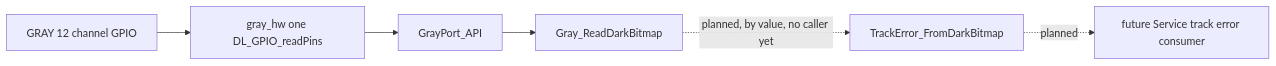
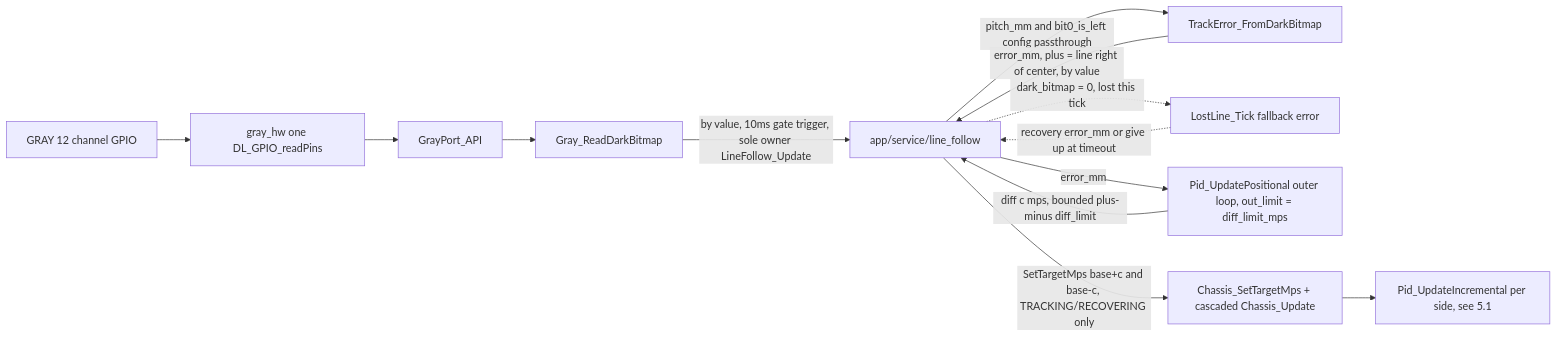
The fourth of 4 diagrams in agent/api_architecture_topology.md (AigisYangyan/2026_NUEDC), drawn with Mermaid before and after one commit. The commit also changed other lines of this file and 2 other files, not shown here.

First line of the commit message:
docs: S02 收官 —— 计划表置 DONE(Q5 关闭) + 拓扑登记 LineFollow/LostLine API 与多环级联链

````diff
--- a/agent/api_architecture_topology.md
+++ b/agent/api_architecture_topology.md
@@ -113,8 +113,15 @@
 ```mermaid
 flowchart LR
   GrayPins[GRAY 12 channel GPIO] --> GrayHw[gray_hw one DL_GPIO_readPins]
   GrayHw --> GrayPort[GrayPort_API]
   GrayPort --> Gray[Gray_ReadDarkBitmap]
-  Gray -.->|planned, by value, no caller yet| TrackError[TrackError_FromDarkBitmap]
-  TrackError -.->|planned| FutureService[future Service track error consumer]
+  Gray -->|by value, 10ms gate trigger, sole owner LineFollow_Update| LineFollow[app/service/line_follow]
+  LineFollow -->|pitch_mm and bit0_is_left config passthrough| TrackError[TrackError_FromDarkBitmap]
+  TrackError -->|error_mm, plus = line right of center, by value| LineFollow
+  LineFollow -.->|dark_bitmap = 0, lost this tick| LostLine[LostLine_Tick fallback error]
+  LostLine -.->|recovery error_mm or give up at timeout| LineFollow
+  LineFollow -->|error_mm| OuterPID[Pid_UpdatePositional outer loop, out_limit = diff_limit_mps]
+  OuterPID -->|diff c mps, bounded plus-minus diff_limit| LineFollow
+  LineFollow -->|SetTargetMps base+c and base-c, TRACKING/RECOVERING only| Chassis[Chassis_SetTargetMps + cascaded Chassis_Update]
+  Chassis --> InnerPID[Pid_UpdateIncremental per side, see 5.1]
 ```
````
